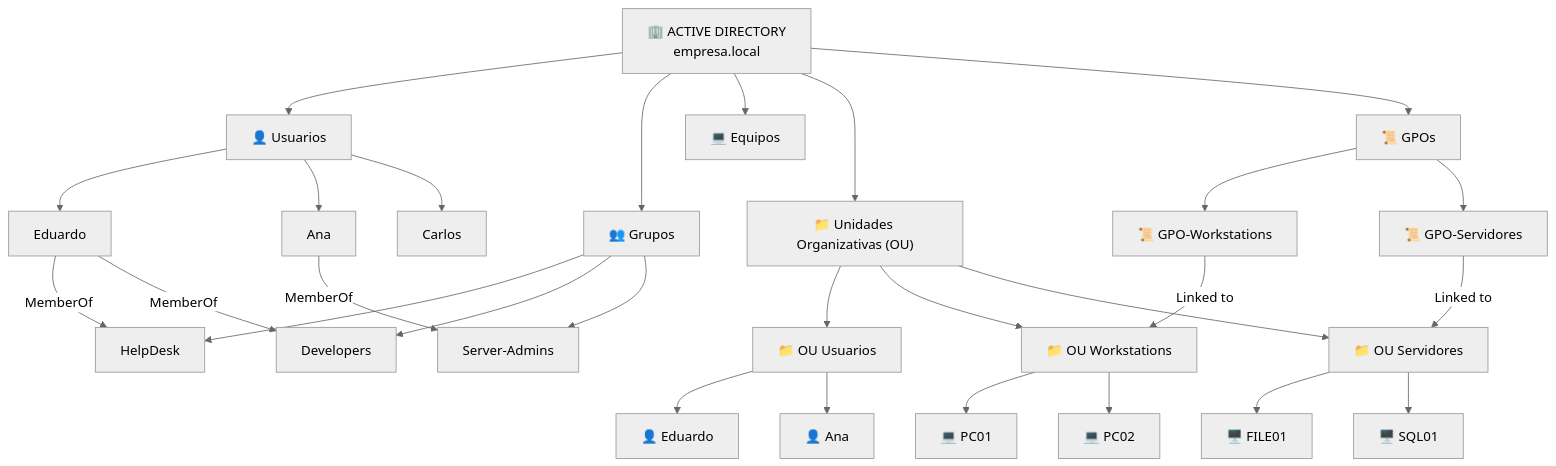
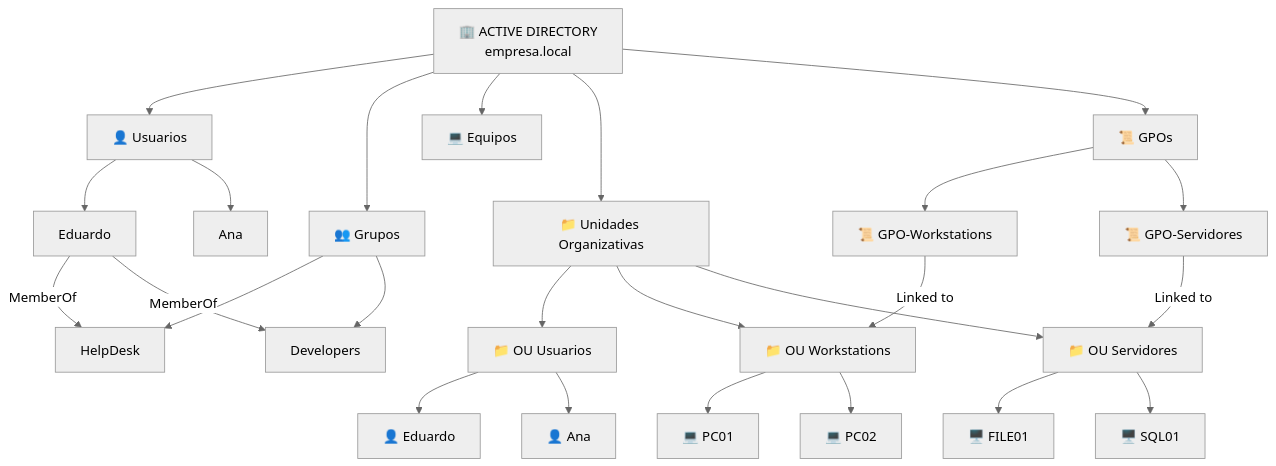
Before and after one commit to wolfpackc/eCPPtv3: the first of 2 diagrams in GPO_abuse/README.md, drawn with Mermaid (neutral theme). The commit also changed other lines of this file, not shown here.

````diff
--- a/GPO_abuse/README.md
+++ b/GPO_abuse/README.md
@@ -3,42 +11,39 @@
 ```mermaid
 flowchart TD
 
     AD["🏢 ACTIVE DIRECTORY<br/>empresa.local"]
 
     AD --> USERS["👤 Usuarios"]
     AD --> GROUPS["👥 Grupos"]
     AD --> COMPUTERS["💻 Equipos"]
-    AD --> OUS["📁 Unidades Organizativas (OU)"]
+    AD --> OUS["📁 Unidades Organizativas"]
     AD --> GPOS["📜 GPOs"]
 
     USERS --> U1["Eduardo"]
     USERS --> U2["Ana"]
-    USERS --> U3["Carlos"]
 
     GROUPS --> G1["HelpDesk"]
     GROUPS --> G2["Developers"]
-    GROUPS --> G3["Server-Admins"]
 
     U1 -->|"MemberOf"| G1
     U1 -->|"MemberOf"| G2
-    U2 -->|"MemberOf"| G3
 
     OUS --> OU1["📁 OU Usuarios"]
     OUS --> OU2["📁 OU Workstations"]
     OUS --> OU3["📁 OU Servidores"]
 
-    OU1 --> OU1A["👤 Eduardo"]
-    OU1 --> OU1B["👤 Ana"]
+    OU1 --> U3["👤 Eduardo"]
+    OU1 --> U4["👤 Ana"]
 
     OU2 --> PC1["💻 PC01"]
     OU2 --> PC2["💻 PC02"]
 
     OU3 --> SRV1["🖥️ FILE01"]
     OU3 --> SRV2["🖥️ SQL01"]
 
     GPOS --> GP1["📜 GPO-Workstations"]
     GPOS --> GP2["📜 GPO-Servidores"]
 
     GP1 -->|"Linked to"| OU2
     GP2 -->|"Linked to"| OU3
 ```
````
